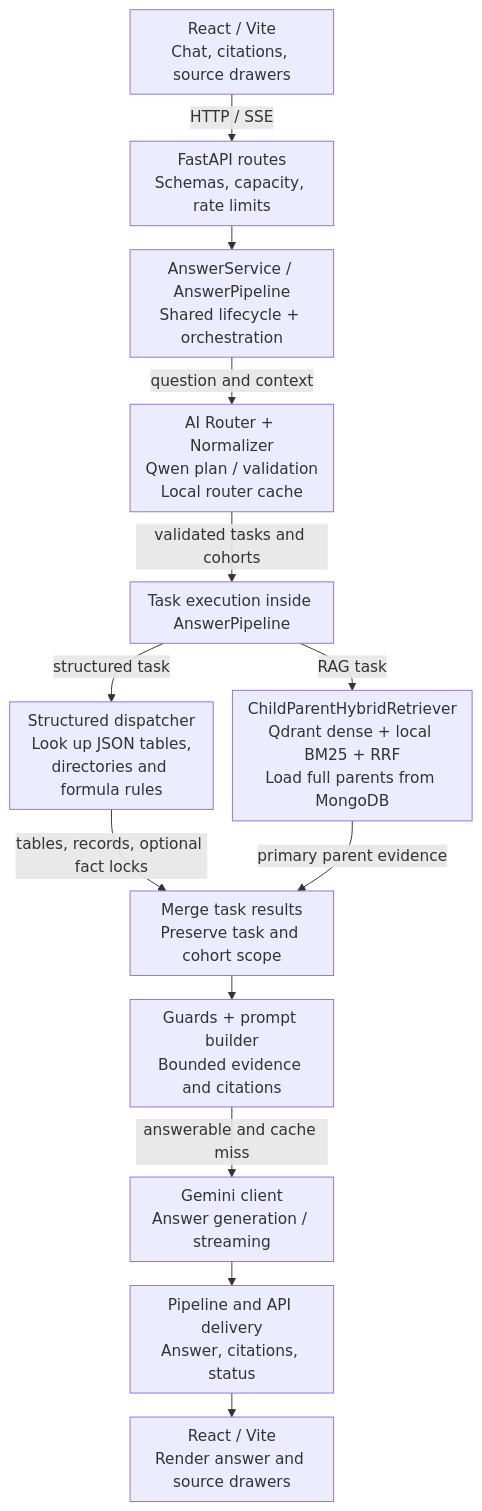
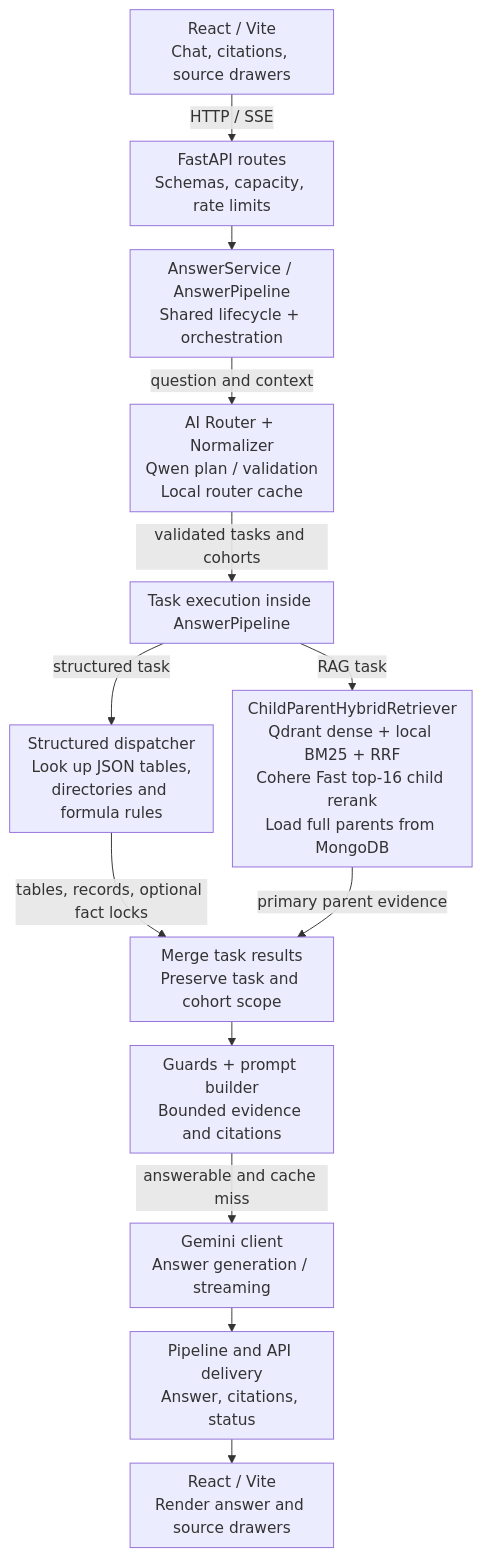
One commit to AnhPhiNe/student-handbook-rag-chatbot changed the first of 5 diagrams in README.md. Above: the diagram before and after it, drawn with Mermaid. The commit also changed other lines of this file, not shown here.

Commit message:
docs: document Cohere rerank release candidate

```diff
--- a/README.md
+++ b/README.md
@@ -164,16 +164,16 @@
 ~~~mermaid
 %%{init: {"flowchart": {"wrappingWidth": 180, "nodeSpacing": 20, "rankSpacing": 25, "padding": 8}}}%%
 flowchart TD
     UI["React / Vite<br/>Chat, citations, source drawers"] -->|HTTP / SSE| API["FastAPI routes<br/>Schemas, capacity, rate limits"]
     API --> Pipeline["AnswerService / AnswerPipeline<br/>Shared lifecycle + orchestration"]
     Pipeline -->|question and context| Planner["AI Router + Normalizer<br/>Qwen plan / validation<br/>Local router cache"]
     Planner -->|validated tasks and cohorts| Execute["Task execution inside AnswerPipeline"]
     Execute -->|structured task| Structured["Structured dispatcher<br/>Look up JSON tables,<br/>directories and formula rules"]
-    Execute -->|RAG task| Retriever["ChildParentHybridRetriever<br/>Qdrant dense + local BM25 + RRF<br/>Load full parents from MongoDB"]
+    Execute -->|RAG task| Retriever["ChildParentHybridRetriever<br/>Qdrant dense + local BM25 + RRF<br/>Cohere Fast top-16 child rerank<br/>Load full parents from MongoDB"]
     Structured -->|tables, records, optional fact locks| Merge["Merge task results<br/>Preserve task and cohort scope"]
     Retriever -->|primary parent evidence| Merge
     Merge --> Packet["Guards + prompt builder<br/>Bounded evidence and citations"]
     Packet -->|answerable and cache miss| Composer["Gemini client<br/>Answer generation / streaming"]
     Composer --> Delivery["Pipeline and API delivery<br/>Answer, citations, status"]
     Delivery --> Display["React / Vite<br/>Render answer and source drawers"]
 ~~~
```
